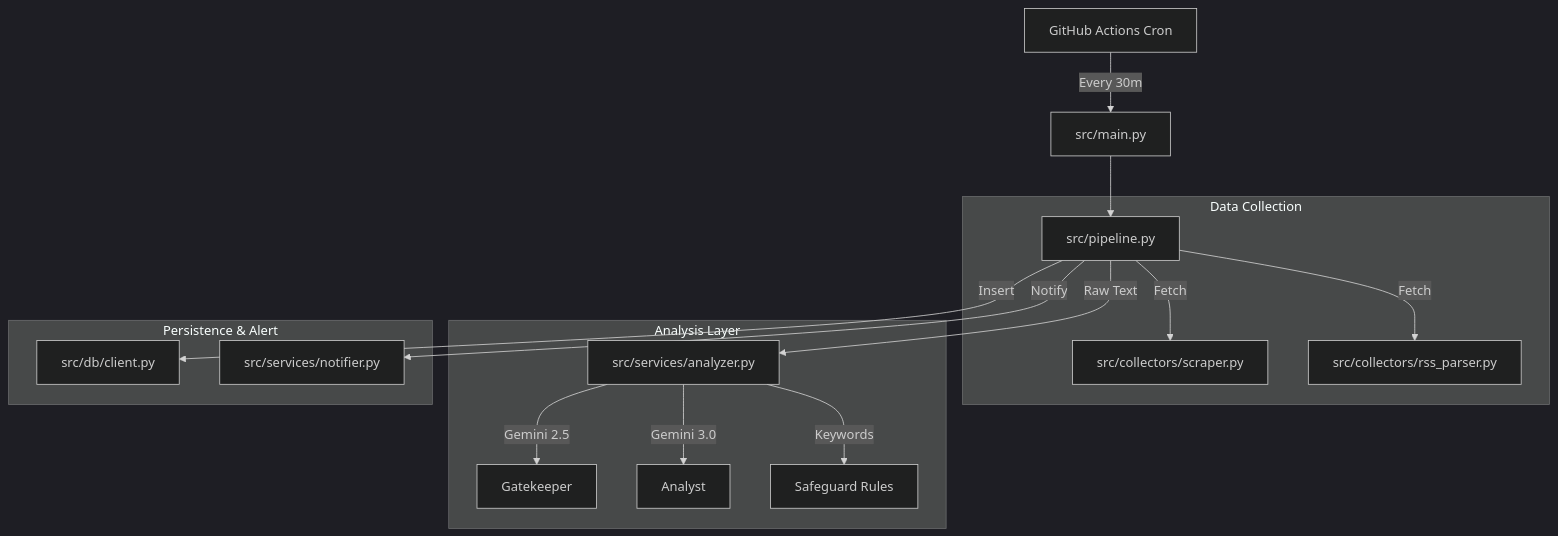
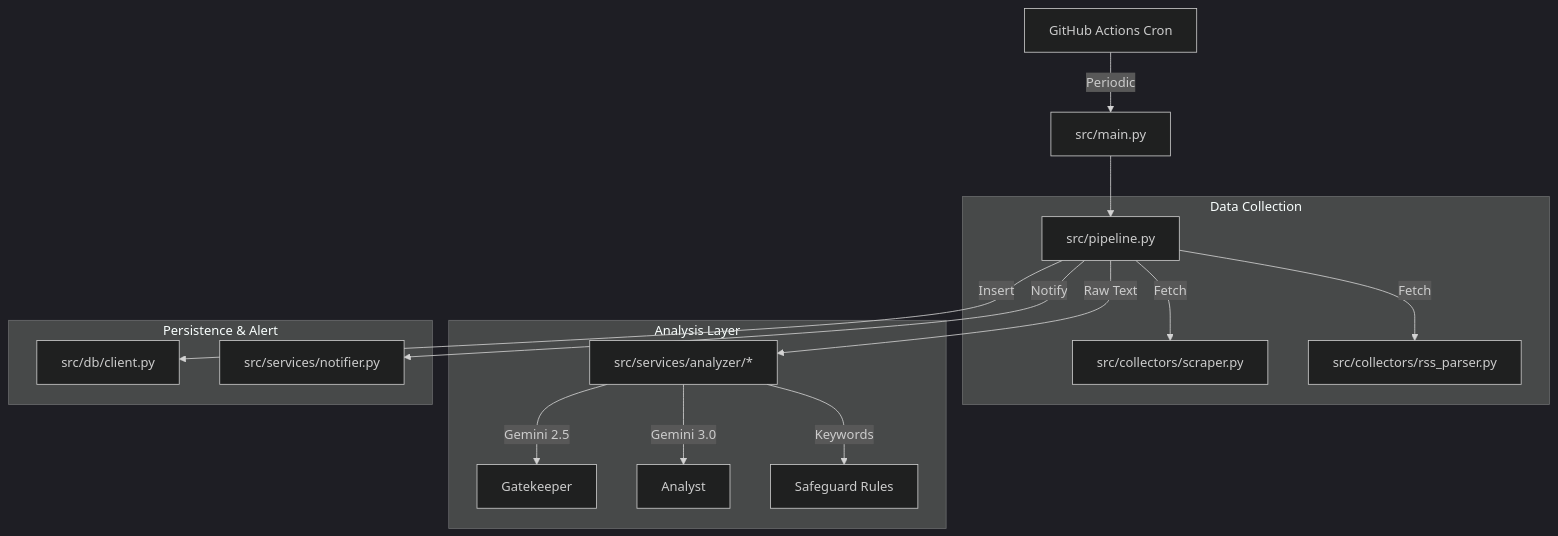
Before and after one commit to yootopia3/Regulation-News-reg: the diagram in docs/ARCHITECTURE.md, drawn with Mermaid (dark theme). The commit also changed other lines of this file and 19 other files, not shown here.

````diff
--- a/docs/ARCHITECTURE.md
+++ b/docs/ARCHITECTURE.md
@@ -10,22 +10,22 @@
 ```mermaid
 graph TD
-    Trigger[GitHub Actions Cron] -->|Every 30m| Main[src/main.py]
+    Trigger[GitHub Actions Cron] -->|Periodic| Main[src/main.py]
     Main --> Pipeline[src/pipeline.py]
     
     subgraph Data Collection
         Pipeline -->|Fetch| Scraper[src/collectors/scraper.py]
         Pipeline -->|Fetch| RSS[src/collectors/rss_parser.py]
     end
     
     subgraph Analysis Layer
-        Pipeline -->|Raw Text| Analyzer[src/services/analyzer.py]
+        Pipeline -->|Raw Text| Analyzer[src/services/analyzer/*]
         Analyzer -->|Gemini 2.5| Tier1[Gatekeeper]
         Analyzer -->|Gemini 3.0| Tier2[Analyst]
         Analyzer -->|Keywords| Safeguard[Safeguard Rules]
     end
     
     subgraph Persistence & Alert
         Pipeline -->|Insert| Supabase[src/db/client.py]
         Pipeline -->|Notify| Telegram[src/services/notifier.py]
     end
 ```
````
